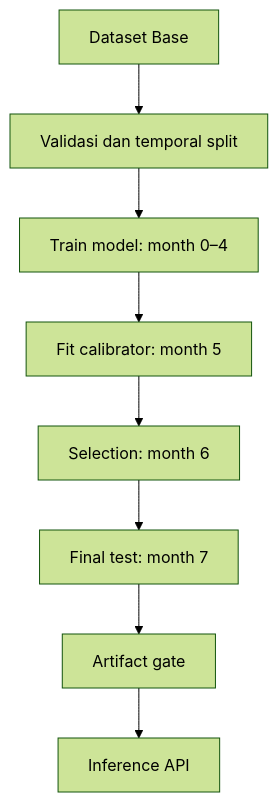
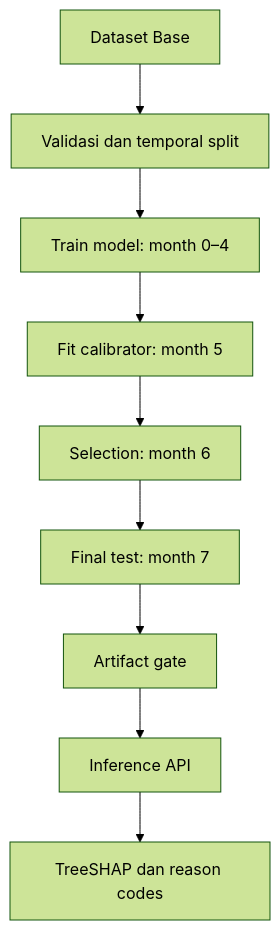
One commit to SYFDNNN/fraudshield changed the first of 2 diagrams in docs/architecture.md. Above: the diagram before and after it, drawn with Mermaid (forest theme). The commit also changed other lines of this file and 51 other files, not shown here.

````diff
--- a/docs/architecture.md
+++ b/docs/architecture.md
@@ -6,10 +6,11 @@
 ```mermaid
 flowchart TD
     A["Dataset Base"] --> B["Validasi dan temporal split"]
     B --> C["Train model: month 0–4"]
     C --> D["Fit calibrator: month 5"]
     D --> E["Selection: month 6"]
     E --> F["Final test: month 7"]
     F --> G["Artifact gate"]
     G --> H["Inference API"]
+    H --> I["TreeSHAP dan reason codes"]
 ```
````
